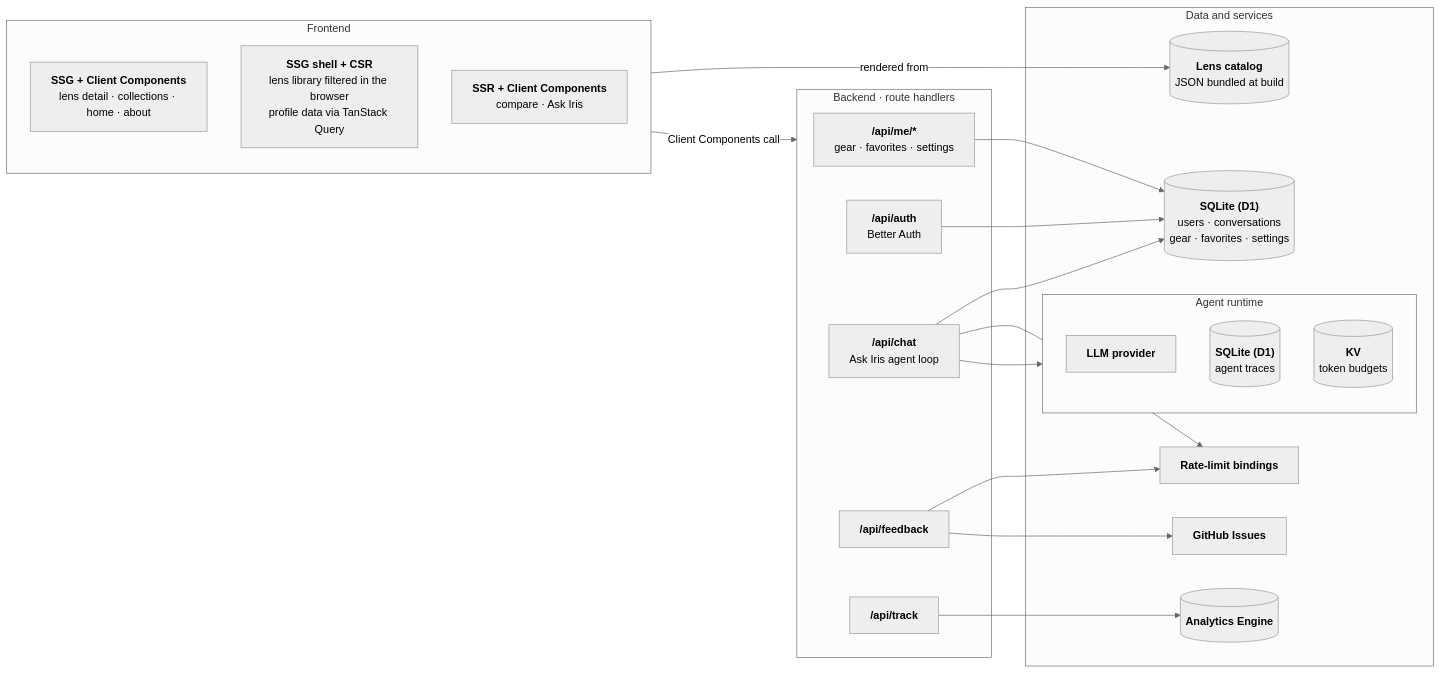
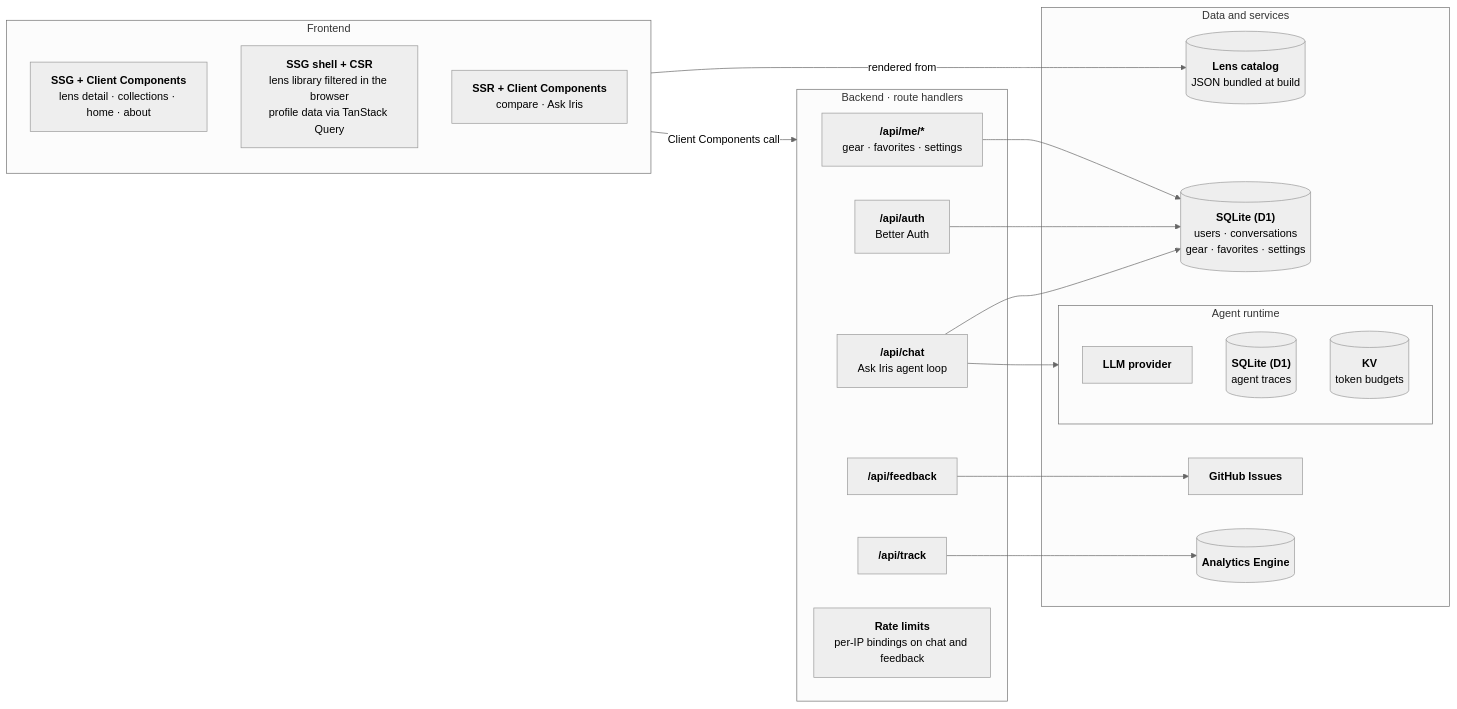
Before and after one commit to sentacraft/atlens: the first of 3 diagrams in README.md, drawn with Mermaid (neutral theme). The commit also changed other lines of this file, not shown here.

Commit message:
docs: show rate limits inside the backend and lead the stack table with SQLite

````diff
--- a/README.md
+++ b/README.md
@@ -56,37 +56,36 @@
 ```mermaid
 flowchart LR
   subgraph frontend["Frontend"]
     SSG["<b>SSG + Client Components</b><br/>lens detail · collections · home · about"]
     CSR["<b>SSG shell + CSR</b><br/>lens library filtered in the browser<br/>profile data via TanStack Query"]
     SSR["<b>SSR + Client Components</b><br/>compare · Ask Iris"]
   end
 
   subgraph backend["Backend · route handlers"]
     ME["<b>/api/me/*</b><br/>gear · favorites · settings"]
     AUTH["<b>/api/auth</b><br/>Better Auth"]
     CHAT["<b>/api/chat</b><br/>Ask Iris agent loop"]
     FEEDBACK["<b>/api/feedback</b>"]
     TRACK["<b>/api/track</b>"]
+    LIMITS["<b>Rate limits</b><br/>per-IP bindings on chat and feedback"]
   end
 
   subgraph services["Data and services"]
     LENSDATA[("<b>Lens catalog</b><br/>JSON bundled at build")]
     APPDB[("<b>SQLite (D1)</b><br/>users · conversations<br/>gear · favorites · settings")]
     subgraph agent["Agent runtime"]
       LLM["<b>LLM provider</b>"]
       TRACES[("<b>SQLite (D1)</b><br/>agent traces")]
       BUDGET[("<b>KV</b><br/>token budgets")]
     end
-    LIMITS["<b>Rate-limit bindings</b>"]
     ISSUES["<b>GitHub Issues</b>"]
     EVENTS[("<b>Analytics Engine</b>")]
   end
 
   frontend -->|"rendered from"| LENSDATA
   frontend -->|"Client Components call"| backend
   ME & AUTH & CHAT --> APPDB
   CHAT --> agent
-  CHAT & FEEDBACK --> LIMITS
   FEEDBACK --> ISSUES
   TRACK --> EVENTS
 ```
````
